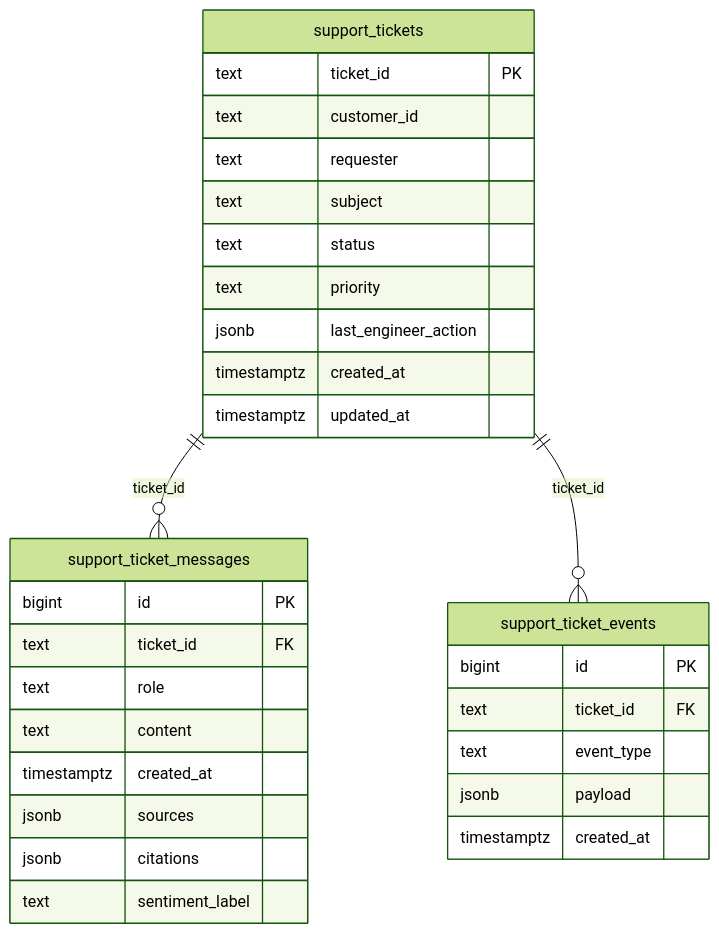
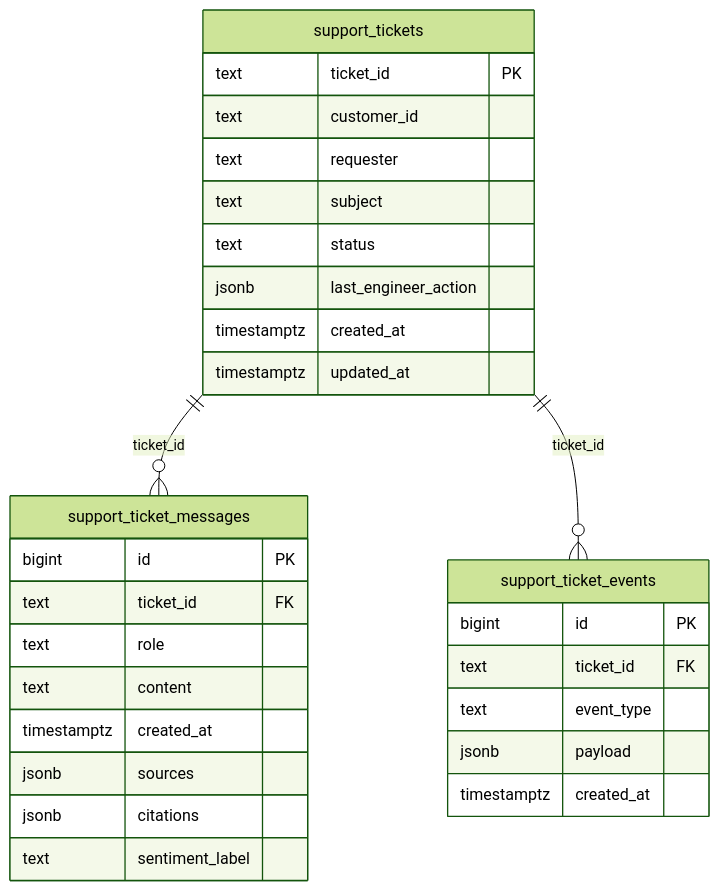
One commit to ZilingXie/SupportPortal changed the diagram in docs/ticket_db_architecture.md. Above: the diagram before and after it, drawn with Mermaid (forest theme). The commit also changed other lines of this file and 20 other files, not shown here.

````diff
--- a/docs/ticket_db_architecture.md
+++ b/docs/ticket_db_architecture.md
@@ -3,36 +3,35 @@
 ```mermaid
 erDiagram
     support_tickets ||--o{ support_ticket_messages : "ticket_id"
     support_tickets ||--o{ support_ticket_events : "ticket_id"
 
     support_tickets {
         text ticket_id PK
         text customer_id
         text requester
         text subject
         text status
-        text priority
         jsonb last_engineer_action
         timestamptz created_at
         timestamptz updated_at
     }
 
     support_ticket_messages {
         bigint id PK
         text ticket_id FK
         text role
         text content
         timestamptz created_at
         jsonb sources
         jsonb citations
         text sentiment_label
     }
 
     support_ticket_events {
         bigint id PK
         text ticket_id FK
         text event_type
         jsonb payload
         timestamptz created_at
     }
 ```
````
